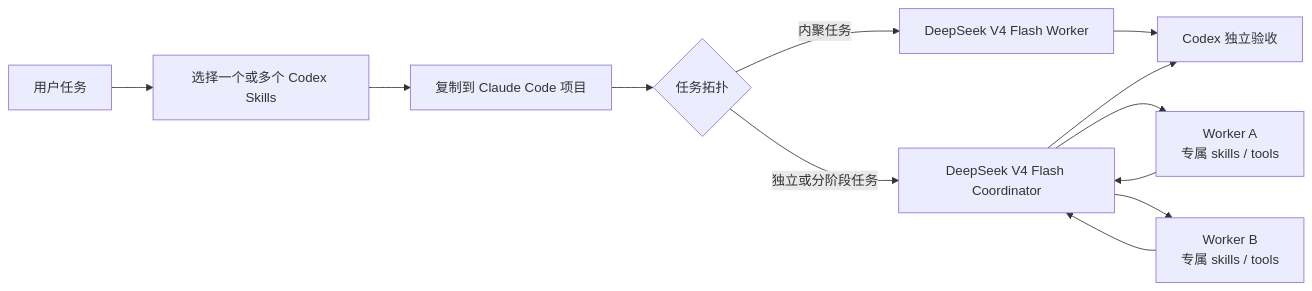
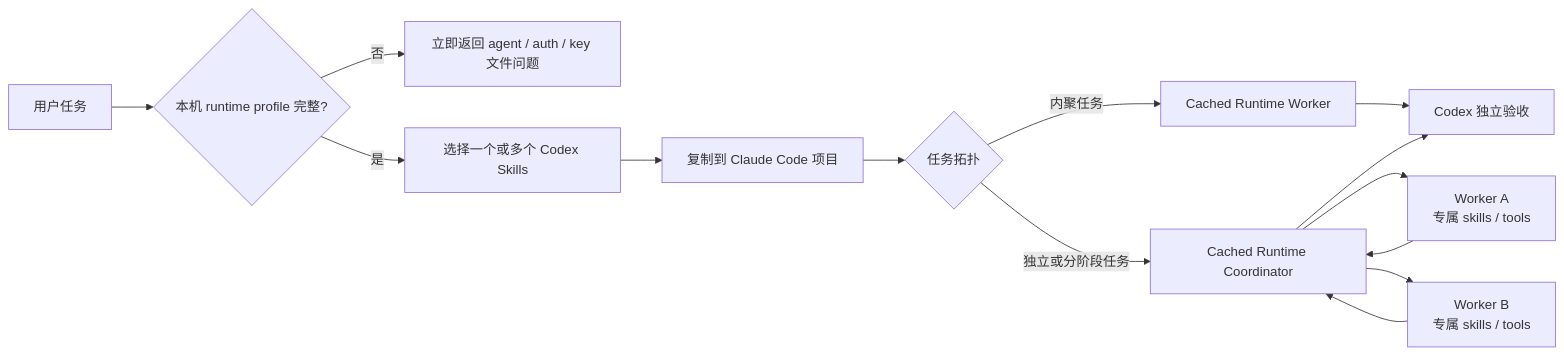
One commit to qiulinfan/qiulinfan.github.io changed the second of 4 diagrams in skills/WORKFLOWS.md. Above: the diagram before and after it, drawn with Mermaid. The commit also changed other lines of this file and 21 other files, not shown here.

````diff
--- a/skills/WORKFLOWS.md
+++ b/skills/WORKFLOWS.md
@@ -26,14 +26,16 @@
 ```mermaid
 flowchart LR
-    Req["用户任务"] --> Pick["选择一个或多个 Codex Skills"]
+    Req["用户任务"] --> Profile{"本机 runtime profile 完整?"}
+    Profile -->|否| Ask["立即返回 agent / auth / key 文件问题"]
+    Profile -->|是| Pick["选择一个或多个 Codex Skills"]
     Pick --> Stage["复制到 Claude Code 项目"]
     Stage --> Shape{"任务拓扑"}
-    Shape -->|内聚任务| One["DeepSeek V4 Flash Worker"]
-    Shape -->|独立或分阶段任务| Lead["DeepSeek V4 Flash Coordinator"]
+    Shape -->|内聚任务| One["Cached Runtime Worker"]
+    Shape -->|独立或分阶段任务| Lead["Cached Runtime Coordinator"]
     Lead --> A["Worker A<br/>专属 skills / tools"]
     Lead --> B["Worker B<br/>专属 skills / tools"]
     One --> Check["Codex 独立验收"]
     A --> Lead
     B --> Lead
     Lead --> Check
 ```
````
